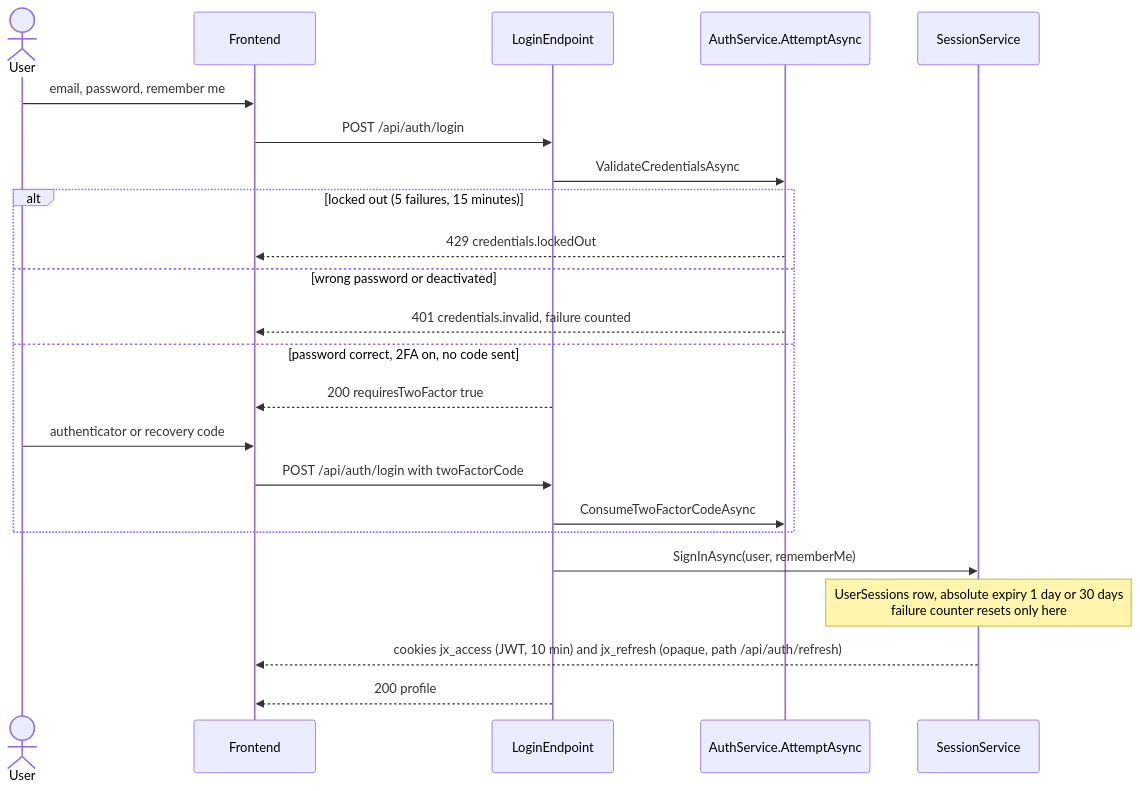
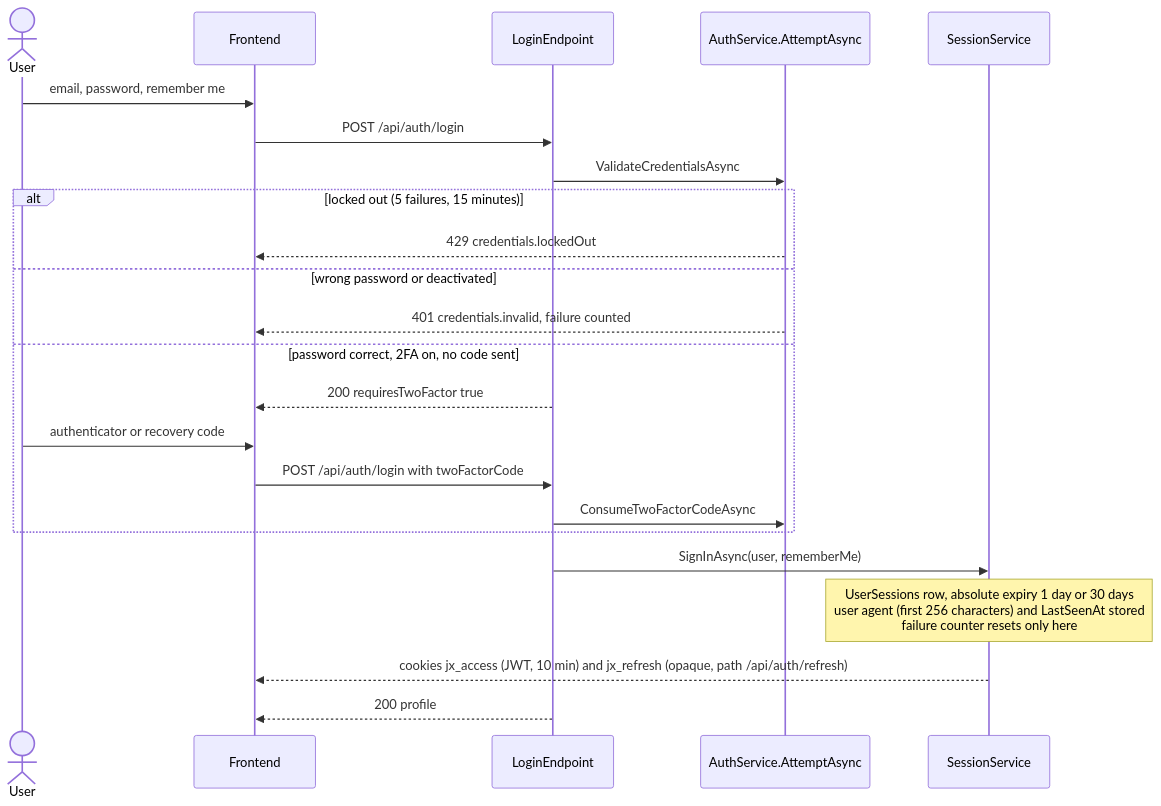
Before and after one commit to Justxs/Jx-Finance: the first of 4 diagrams in docs/features/02. Sign-in, sessions and lockout.md, drawn with Mermaid. The commit also changed other lines of this file and 36 other files, not shown here.

````diff
--- a/docs/features/02. Sign-in, sessions and lockout.md
+++ b/docs/features/02. Sign-in, sessions and lockout.md
@@ -9,25 +8,25 @@
 ```mermaid
 sequenceDiagram
     actor User
     participant App as Frontend
     participant Api as LoginEndpoint
     participant Auth as AuthService.AttemptAsync
     participant Sess as SessionService
     User->>App: email, password, remember me
     App->>Api: POST /api/auth/login
     Api->>Auth: ValidateCredentialsAsync
     alt locked out (5 failures, 15 minutes)
         Auth-->>App: 429 credentials.lockedOut
     else wrong password or deactivated
         Auth-->>App: 401 credentials.invalid, failure counted
     else password correct, 2FA on, no code sent
         Api-->>App: 200 requiresTwoFactor true
         User->>App: authenticator or recovery code
         App->>Api: POST /api/auth/login with twoFactorCode
         Api->>Auth: ConsumeTwoFactorCodeAsync
     end
     Api->>Sess: SignInAsync(user, rememberMe)
-    Note over Sess: UserSessions row, absolute expiry 1 day or 30 days<br/>failure counter resets only here
+    Note over Sess: UserSessions row, absolute expiry 1 day or 30 days<br/>user agent (first 256 characters) and LastSeenAt stored<br/>failure counter resets only here
     Sess-->>App: cookies jx_access (JWT, 10 min) and jx_refresh (opaque, path /api/auth/refresh)
     Api-->>App: 200 profile
 ```
````
